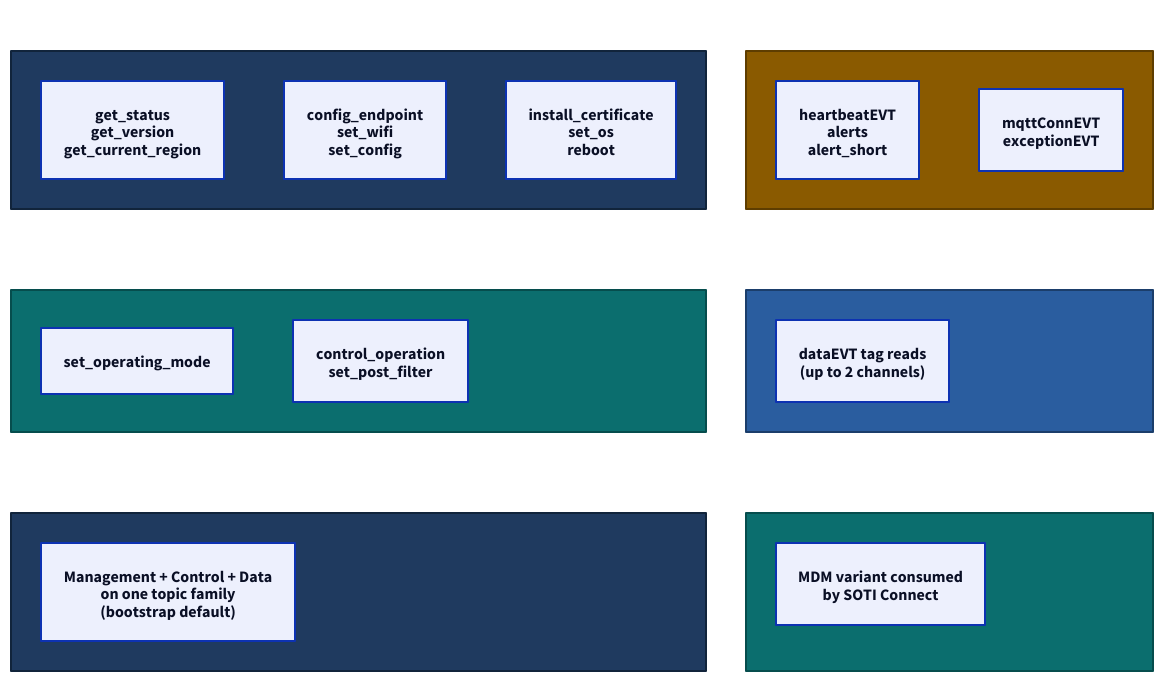
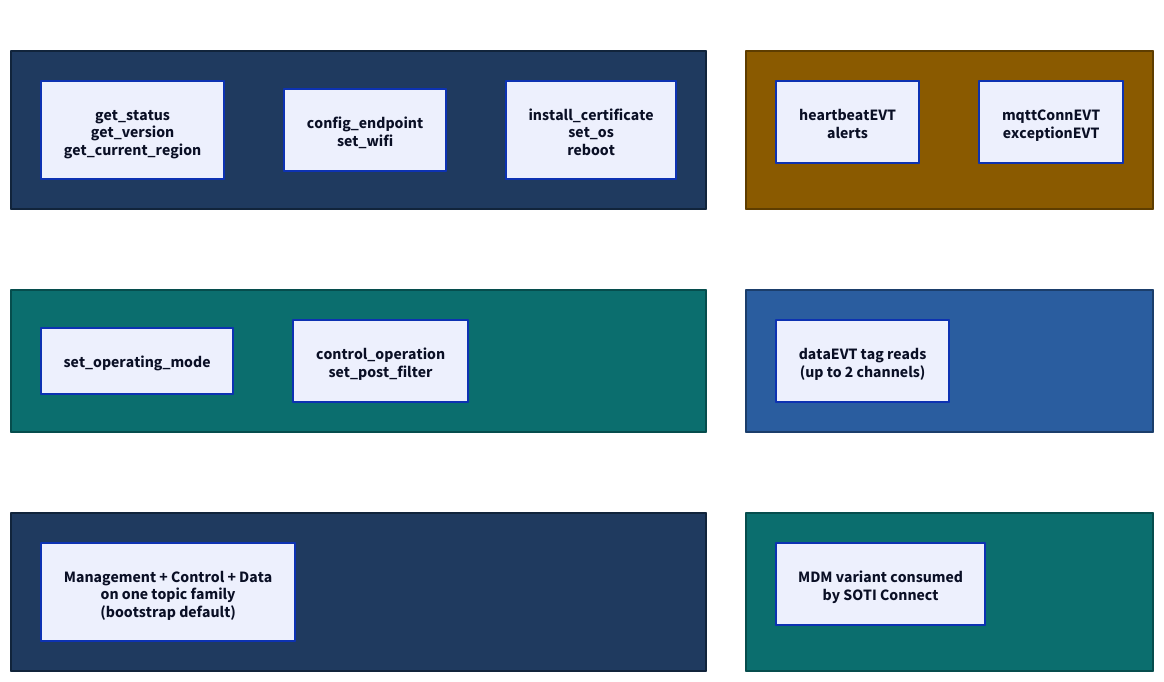
Before and after one commit to admiral-ai/zebra-handheld-rfid-iotc: the diagram in docs/foundations/about-iotc.md, drawn with D2. The commit also changed other lines of this file and 72 other files, not shown here.

````diff
--- a/docs/foundations/about-iotc.md
+++ b/docs/foundations/about-iotc.md
@@ -40,39 +40,39 @@
 ```d2
 classes: {
   mgmt:  { style: { fill: "#1f3a5f"; stroke: "#11243b"; font-color: "#ffffff" } }
   event: { style: { fill: "#8a5a00"; stroke: "#5e3d00"; font-color: "#ffffff" } }
   ctrl:  { style: { fill: "#0b6e6e"; stroke: "#064d4d"; font-color: "#ffffff" } }
   data:  { style: { fill: "#2a5d9f"; stroke: "#1b3e6b"; font-color: "#ffffff" } }
 }
 grid-rows: 3
 grid-columns: 2
 M: "Management - MGMT" {
   class: mgmt
   m1: "get_status\nget_version\nget_current_region"
-  m2: "config_endpoint\nset_wifi\nset_config"
+  m2: "config_endpoint\nset_wifi"
   m3: "install_certificate\nset_os\nreboot"
 }
 E: "Events - MGMT_EVT" {
   class: event
-  e1: "heartbeatEVT\nalerts\nalert_short"
+  e1: "heartbeatEVT\nalerts"
   e2: "mqttConnEVT\nexceptionEVT"
 }
 C: "Control - CTRL" {
   class: ctrl
   c1: set_operating_mode
   c2: "control_operation\nset_post_filter"
 }
 Dta: "Data - DATA1 / DATA2" {
   class: data
   d1: "dataEVT tag reads\n(up to 2 channels)"
 }
 H: "Hybrid - MDM" {
   class: mgmt
   h1: "Management + Control + Data\non one topic family\n(bootstrap default)"
 }
 S: "Vendor - SOTI" {
   class: ctrl
   s1: "MDM variant consumed\nby SOTI Connect"
 }
 
 ```
````
